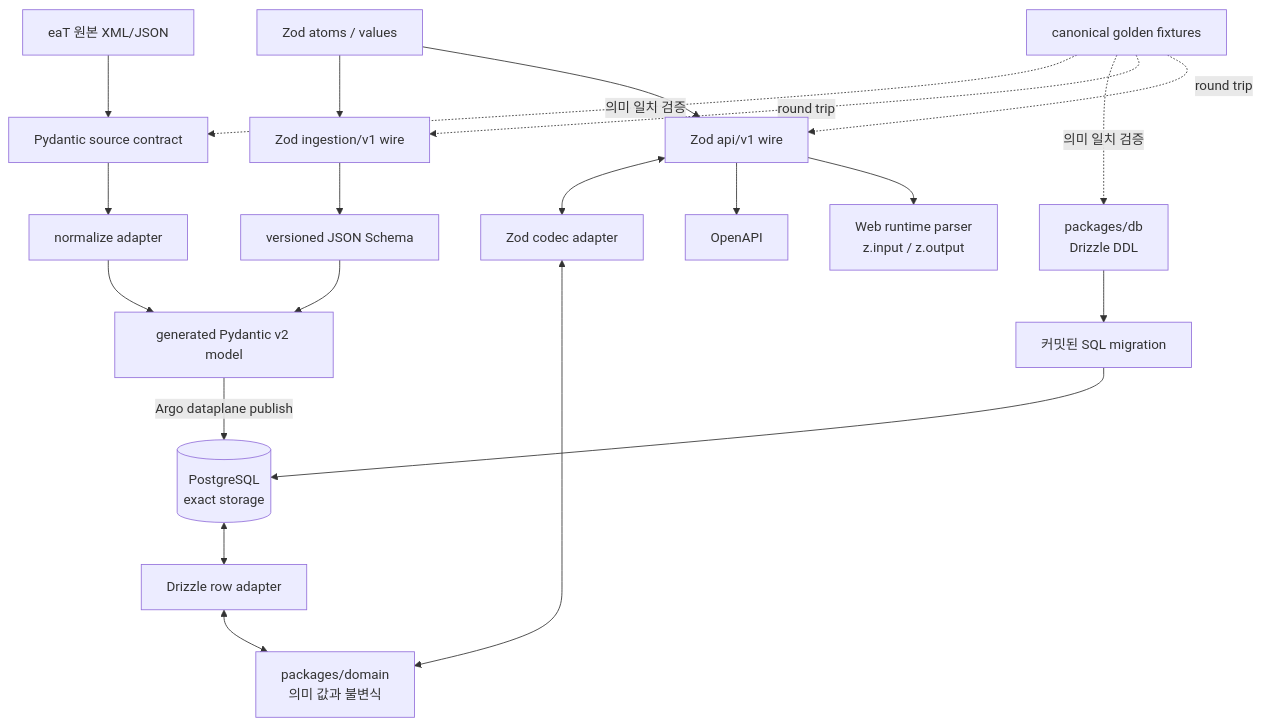
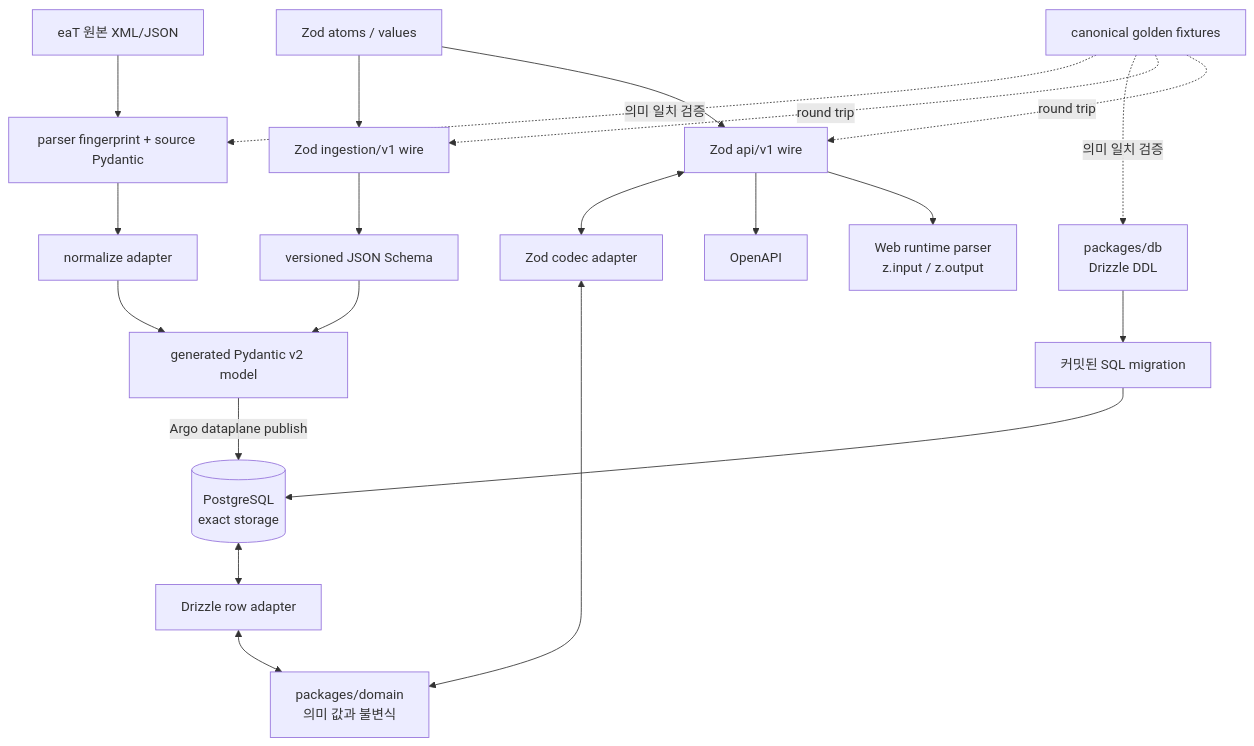
The diagram in docs/architecture/time-and-value-contracts.md (Lamyzm/eat-bid-service), drawn with Mermaid before and after one commit. The commit also changed other lines of this file and 16 other files, not shown here.

Commit message:
docs(architecture): define integrated foundation boundaries

````diff
--- a/docs/architecture/time-and-value-contracts.md
+++ b/docs/architecture/time-and-value-contracts.md
@@ -14,27 +15,27 @@
 ```mermaid
 flowchart TB
-    source[eaT 원본 XML/JSON] --> pydantic[Pydantic source contract]
+    source[eaT 원본 XML/JSON] --> pydantic[parser fingerprint + source Pydantic]
     pydantic --> normalize[normalize adapter]
 
     hub[Zod atoms / values] --> ingestion[Zod ingestion/v1 wire]
     hub --> apiwire[Zod api/v1 wire]
     ingestion --> jsonschema[versioned JSON Schema]
     jsonschema --> pygen[generated Pydantic v2 model]
     normalize --> pygen
 
     ddl[packages/db<br/>Drizzle DDL] --> migration[커밋된 SQL migration]
     migration --> pg[(PostgreSQL<br/>exact storage)]
     pygen -->|Argo dataplane publish| pg
     pg <--> row[Drizzle row adapter]
     row <--> domain[packages/domain<br/>의미 값과 불변식]
 
     apiwire <--> codec[Zod codec adapter]
     codec <--> domain
     apiwire --> openapi[OpenAPI]
     apiwire --> client[Web runtime parser<br/>z.input / z.output]
 
     fixture[canonical golden fixtures] -. 의미 일치 검증 .-> pydantic
     fixture -. 의미 일치 검증 .-> ddl
     fixture -. round trip .-> ingestion
     fixture -. round trip .-> apiwire
 ```
````
